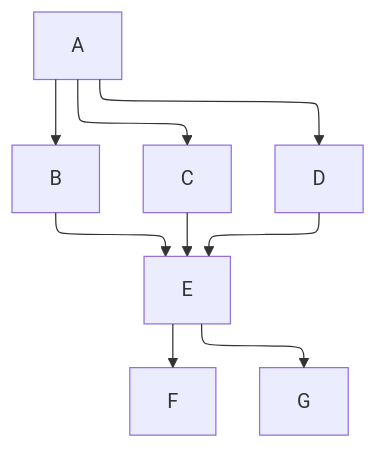
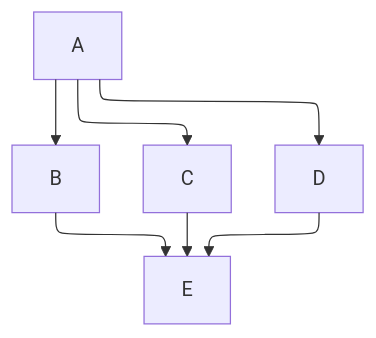
Before and after one commit to marcusquinn/aidevops: the fifth of 8 diagrams in .agents/tools/diagrams/mermaid-diagrams-skill/references/ADVANCED.md, drawn with Mermaid. The commit also changed other lines of this file, not shown here.

First line of the commit message:
docs(t9355): tighten mermaid ADVANCED.md from 479 to 244 lines

````diff
--- a/.agents/tools/diagrams/mermaid-diagrams-skill/references/ADVANCED.md
+++ b/.agents/tools/diagrams/mermaid-diagrams-skill/references/ADVANCED.md
@@ -246,7 +145,6 @@
 ```mermaid
 %%{init: {"flowchart": {"defaultRenderer": "elk"}} }%%
 flowchart TB
     A --> B & C & D
     B & C & D --> E
-    E --> F & G
 ```
````
